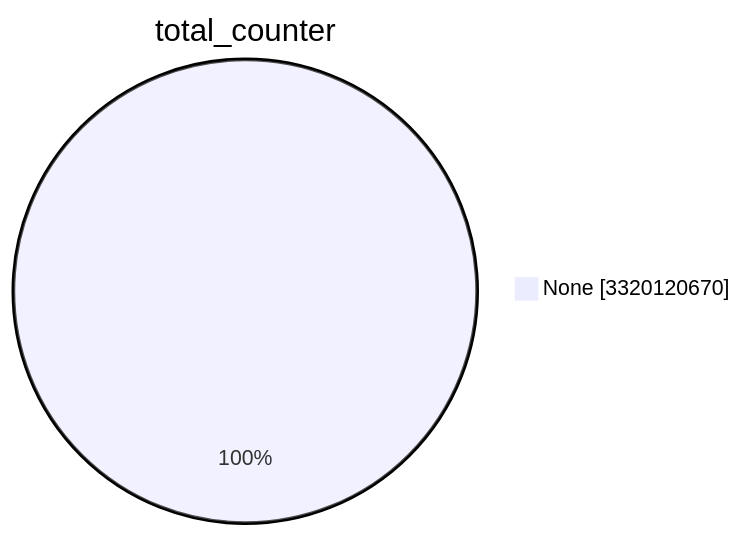
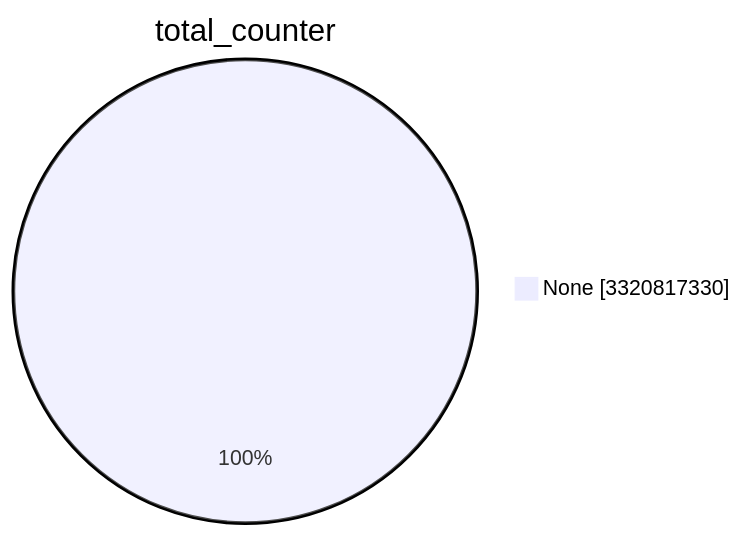
The first of 15 diagrams in TOTAL/README.md (christiankrug/ctmonitor_visualization), drawn with Mermaid before and after one commit. The commit also changed other lines of this file, not shown here.

````diff
--- a/TOTAL/README.md
+++ b/TOTAL/README.md
@@ -1,5 +1,5 @@
 ```mermaid
 pie showData
 title total_counter
-"None" :3320120670
+"None" :3320817330
 ```
````
